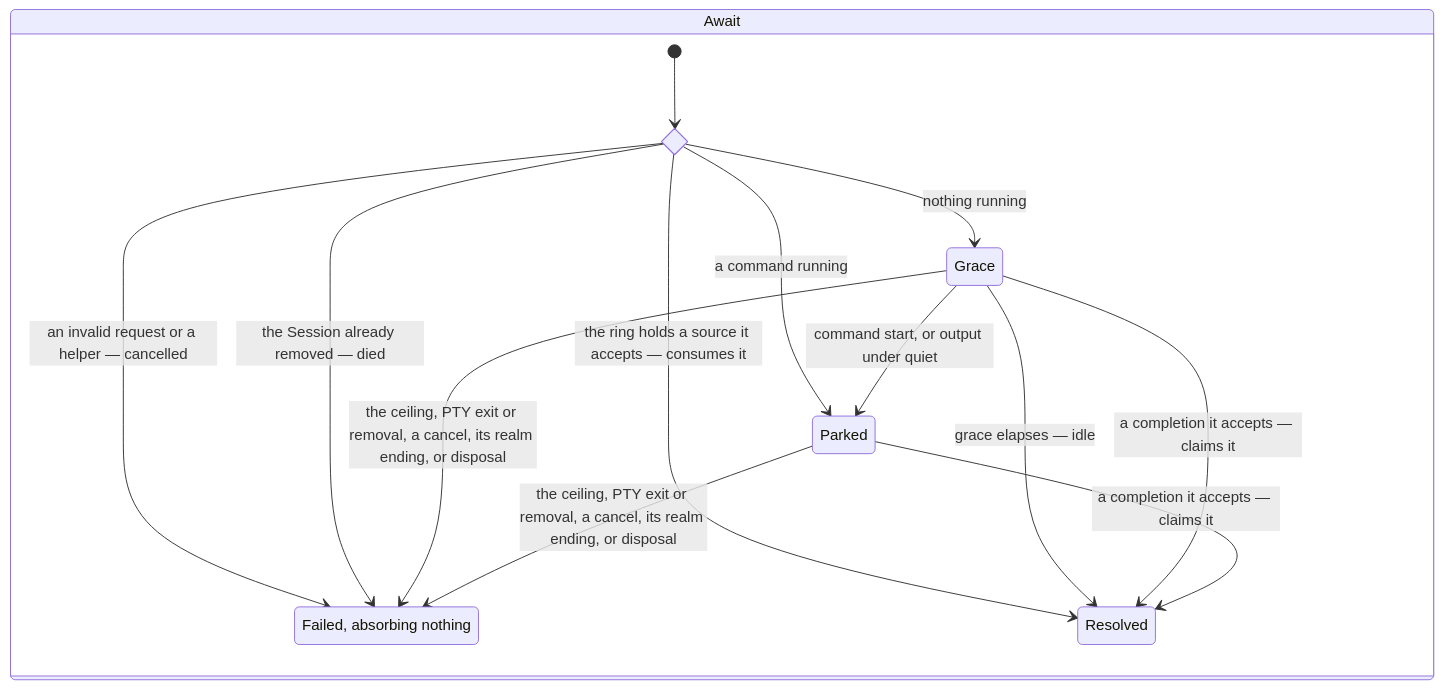
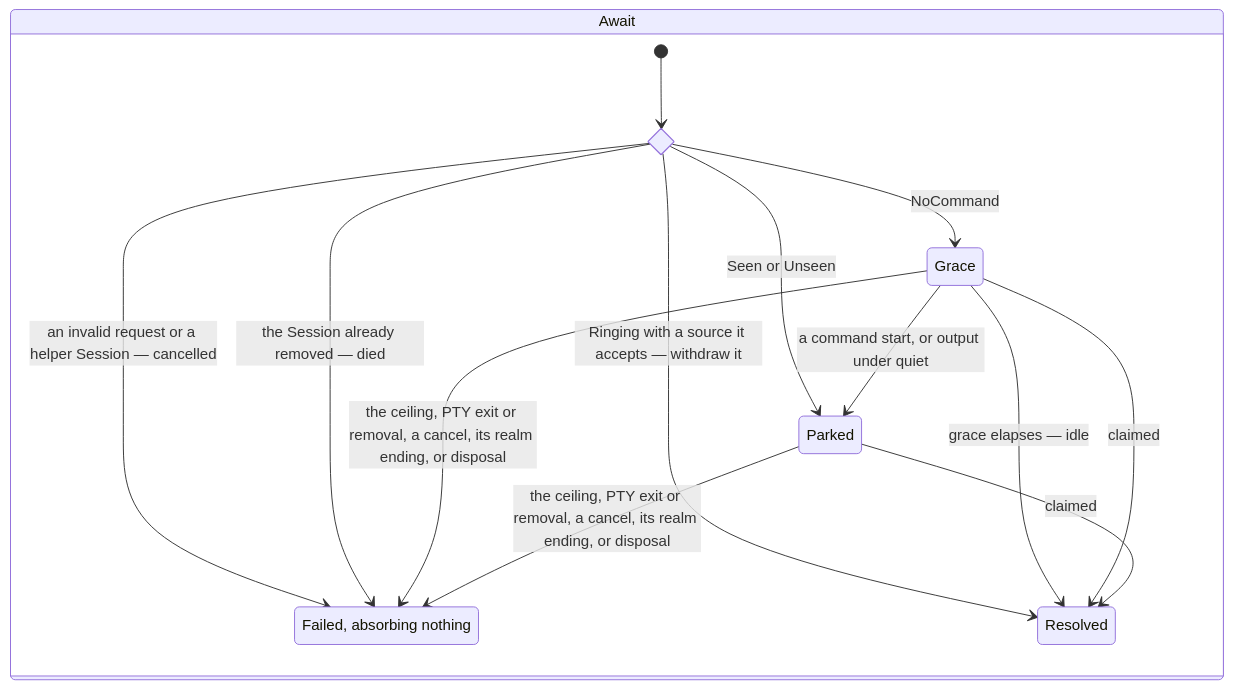
Before and after one commit to diffplug/dormouse: diagram 15 of 16 in docs/specs/alert.md, drawn with Mermaid. The commit also changed other lines of this file and 3 other files, not shown here.

````diff
--- a/docs/specs/alert.md
+++ b/docs/specs/alert.md
@@ -273,19 +316,19 @@
 ```mermaid
 stateDiagram-v2
   state "Await" as Await {
     state arrive <<choice>>
     state "Failed, absorbing nothing" as Failed
     [*] --> arrive
-    arrive --> Failed: an invalid request or a helper — cancelled
+    arrive --> Failed: an invalid request or a helper Session — cancelled
     arrive --> Failed: the Session already removed — died
-    arrive --> Resolved: the ring holds a source it accepts — consumes it
-    arrive --> Parked: a command running
-    arrive --> Grace: nothing running
-    Grace --> Parked: command start, or output under quiet
+    arrive --> Resolved: Ringing with a source it accepts — withdraw it
+    arrive --> Parked: Seen or Unseen
+    arrive --> Grace: NoCommand
+    Grace --> Parked: a command start, or output under quiet
     Grace --> Resolved: grace elapses — idle
-    Grace --> Resolved: a completion it accepts — claims it
-    Parked --> Resolved: a completion it accepts — claims it
+    Grace --> Resolved: claimed
+    Parked --> Resolved: claimed
     Grace --> Failed: the ceiling, PTY exit or removal, a cancel, its realm ending, or disposal
     Parked --> Failed: the ceiling, PTY exit or removal, a cancel, its realm ending, or disposal
   }
 ```
````
